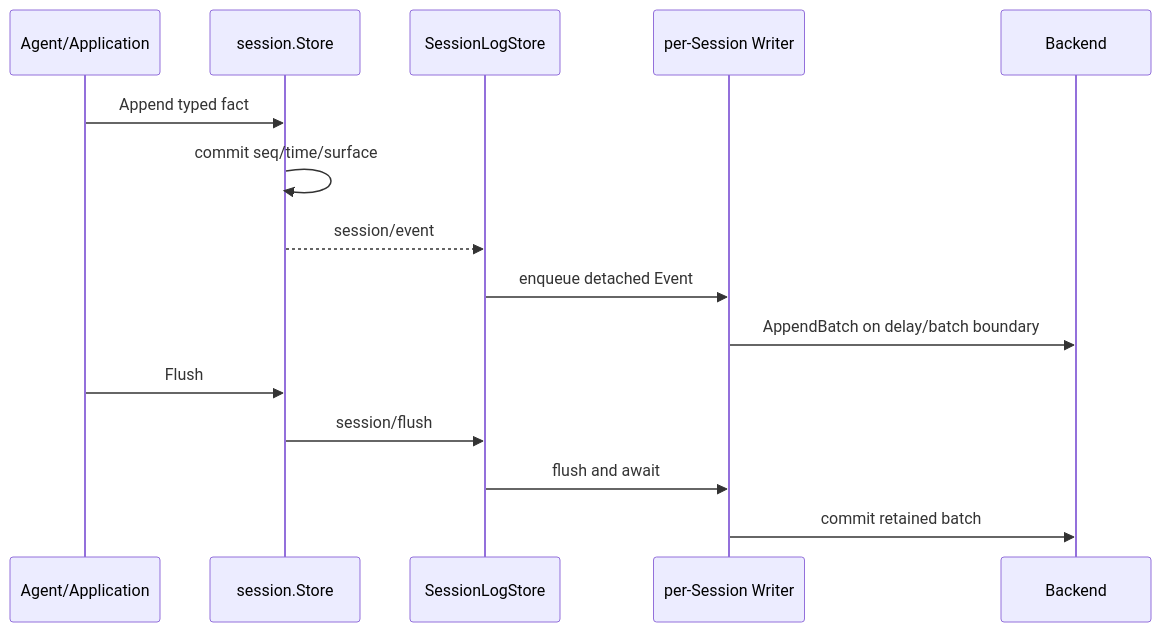
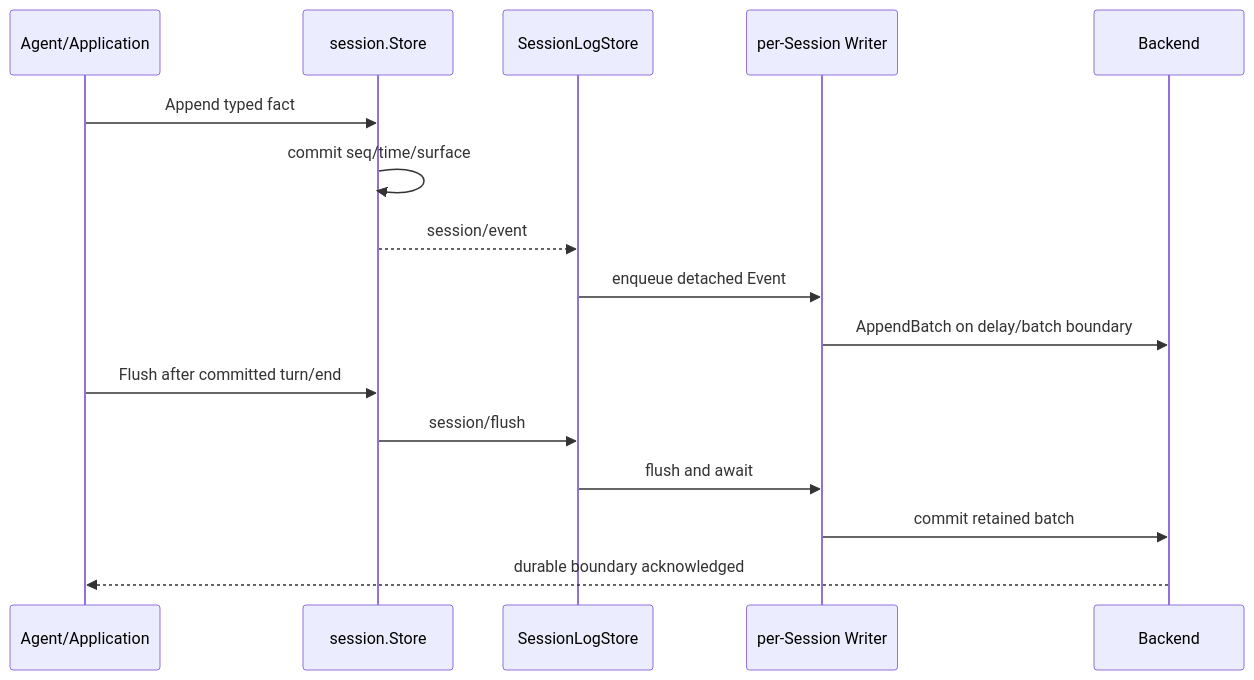
Before and after one commit to gorenx/goren: the second of 3 diagrams in zh-CN/19-session-persistence-and-sqlite.md, drawn with Mermaid. The commit also changed other lines of this file and 6 other files, not shown here.

````diff
--- a/zh-CN/19-session-persistence-and-sqlite.md
+++ b/zh-CN/19-session-persistence-and-sqlite.md
@@ -75,17 +75,18 @@
 ```mermaid
 sequenceDiagram
     participant U as Agent/Application
     participant S as session.Store
     participant C as SessionLogStore
     participant W as per-Session Writer
     participant B as Backend
     U->>S: Append typed fact
     S->>S: commit seq/time/surface
     S-->>C: session/event
     C->>W: enqueue detached Event
     W->>B: AppendBatch on delay/batch boundary
-    U->>S: Flush
+    U->>S: Flush after committed turn/end
     S->>C: session/flush
     C->>W: flush and await
     W->>B: commit retained batch
+    B-->>U: durable boundary acknowledged
 ```
````
